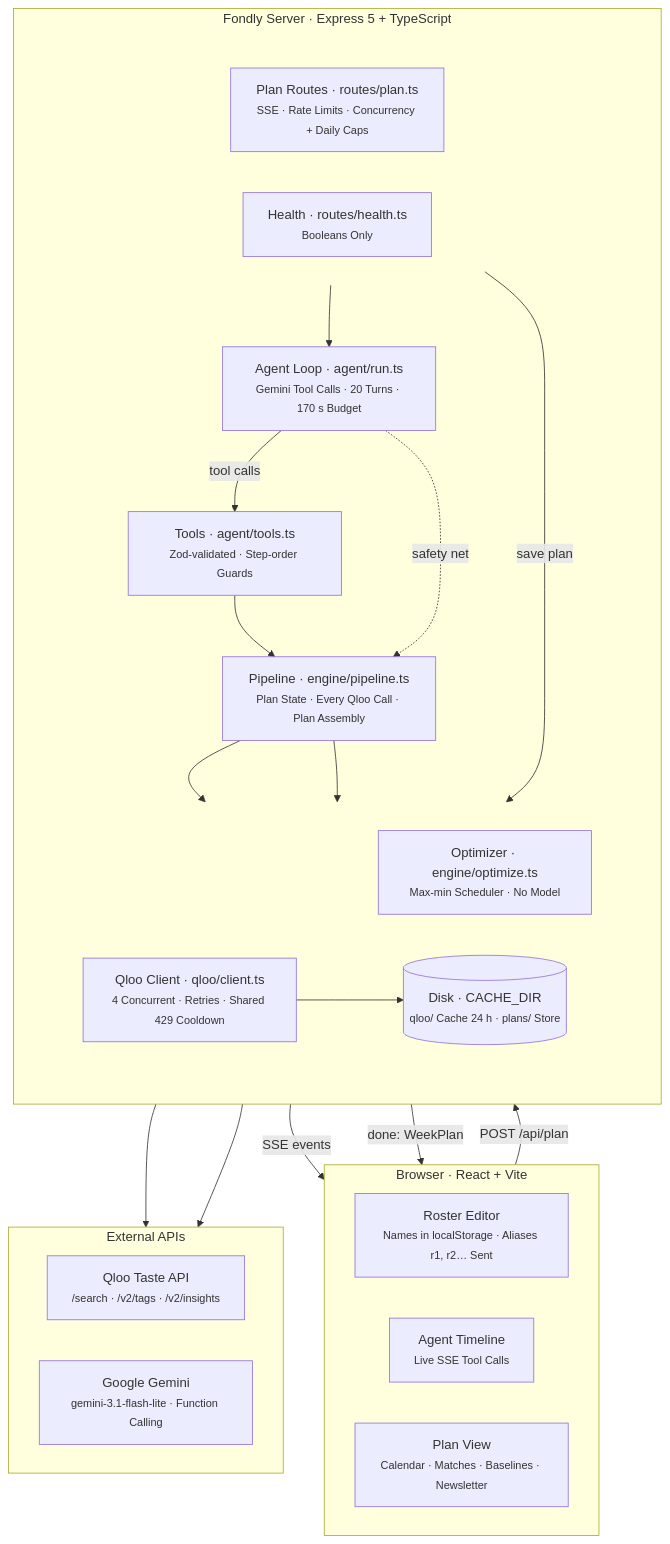
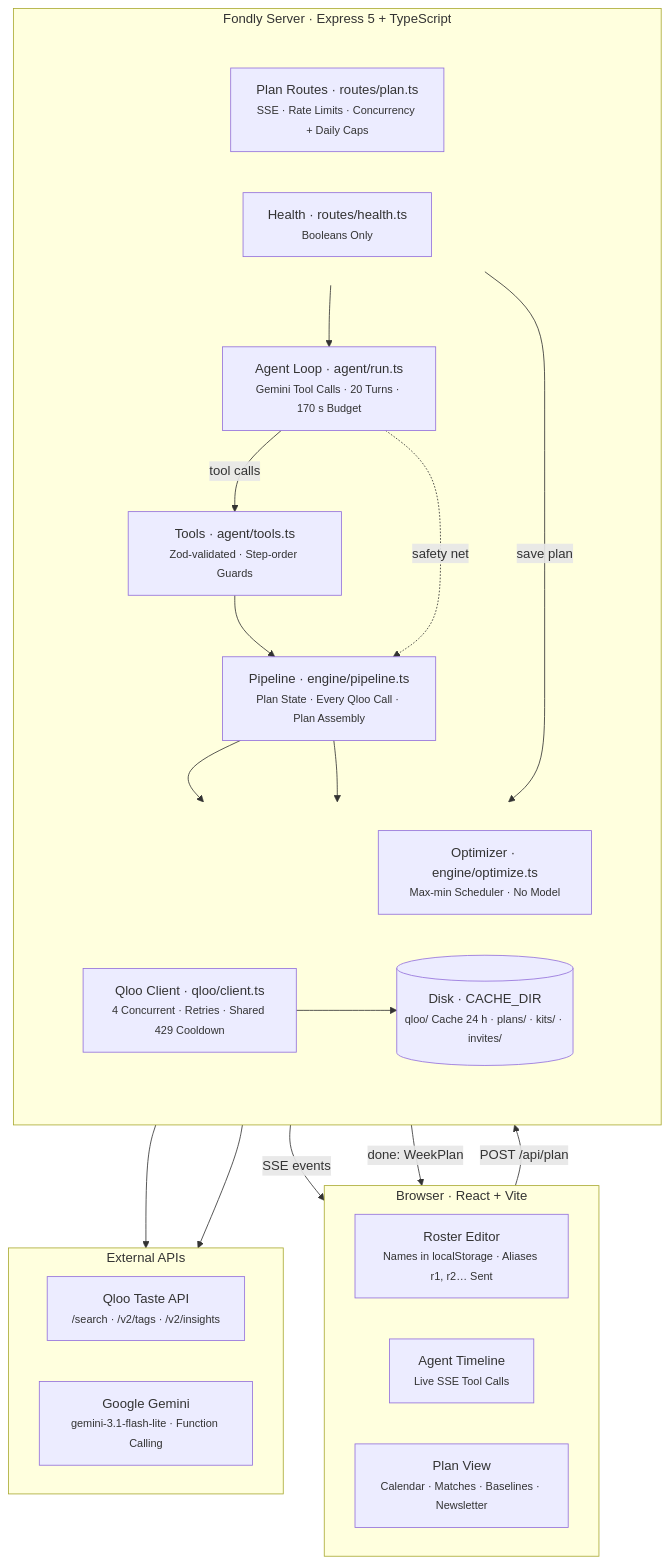
Before and after one commit to Cholarajarp/Fondly: the first of 4 diagrams in docs/ARCHITECTURE.md, drawn with Mermaid. The commit also changed other lines of this file and 24 other files, not shown here.

````diff
--- a/docs/ARCHITECTURE.md
+++ b/docs/ARCHITECTURE.md
@@ -7,50 +7,50 @@
 ```mermaid
 flowchart TB
     subgraph Browser["Browser · React + Vite"]
         direction LR
         Roster["Roster Editor<br/><small>Names in localStorage · Aliases r1, r2… Sent</small>"]
         Timeline["Agent Timeline<br/><small>Live SSE Tool Calls</small>"]
         Plan["Plan View<br/><small>Calendar · Matches · Baselines · Newsletter</small>"]
     end
 
     subgraph Server["Fondly Server · Express 5 + TypeScript"]
         direction TB
         subgraph Entry[" "]
             direction LR
             Routes["Plan Routes · routes/plan.ts<br/><small>SSE · Rate Limits · Concurrency + Daily Caps</small>"]
             Health["Health · routes/health.ts<br/><small>Booleans Only</small>"]
         end
         Agent["Agent Loop · agent/run.ts<br/><small>Gemini Tool Calls · 20 Turns · 170 s Budget</small>"]
         Tools["Tools · agent/tools.ts<br/><small>Zod-validated · Step-order Guards</small>"]
         Pipeline["Pipeline · engine/pipeline.ts<br/><small>Plan State · Every Qloo Call · Plan Assembly</small>"]
         subgraph Support[" "]
             direction LR
             Optimizer["Optimizer · engine/optimize.ts<br/><small>Max-min Scheduler · No Model</small>"]
             Client["Qloo Client · qloo/client.ts<br/><small>4 Concurrent · Retries · Shared 429 Cooldown</small>"]
-            Store[("Disk · CACHE_DIR<br/><small>qloo/ Cache 24 h · plans/ Store</small>")]
+            Store[("Disk · CACHE_DIR<br/><small>qloo/ Cache 24 h · plans/ · kits/ · invites/</small>")]
         end
     end
 
     subgraph External["External APIs"]
         direction LR
         Qloo["Qloo Taste API<br/><small>/search · /v2/tags · /v2/insights</small>"]
         Gemini["Google Gemini<br/><small>gemini-3.1-flash-lite · Function Calling</small>"]
     end
 
     Roster -- "POST /api/plan" --> Routes
     Routes -- "SSE events" --> Timeline
     Routes -- "done: WeekPlan" --> Plan
     Routes --> Agent
     Agent --> Gemini
     Agent -- "tool calls" --> Tools
     Tools --> Pipeline
     Agent -. "safety net" .-> Pipeline
     Pipeline --> Optimizer
     Pipeline --> Client
     Client --> Qloo
     Client --> Store
     Routes -- "save plan" --> Store
 
     style Entry fill:none,stroke:none
     style Support fill:none,stroke:none
 ```
````
